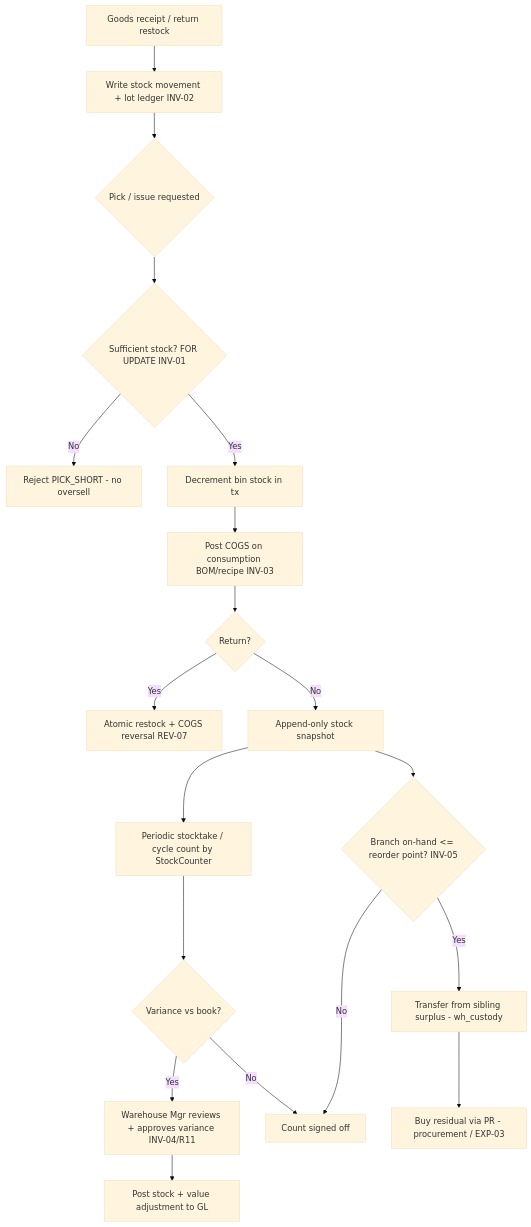
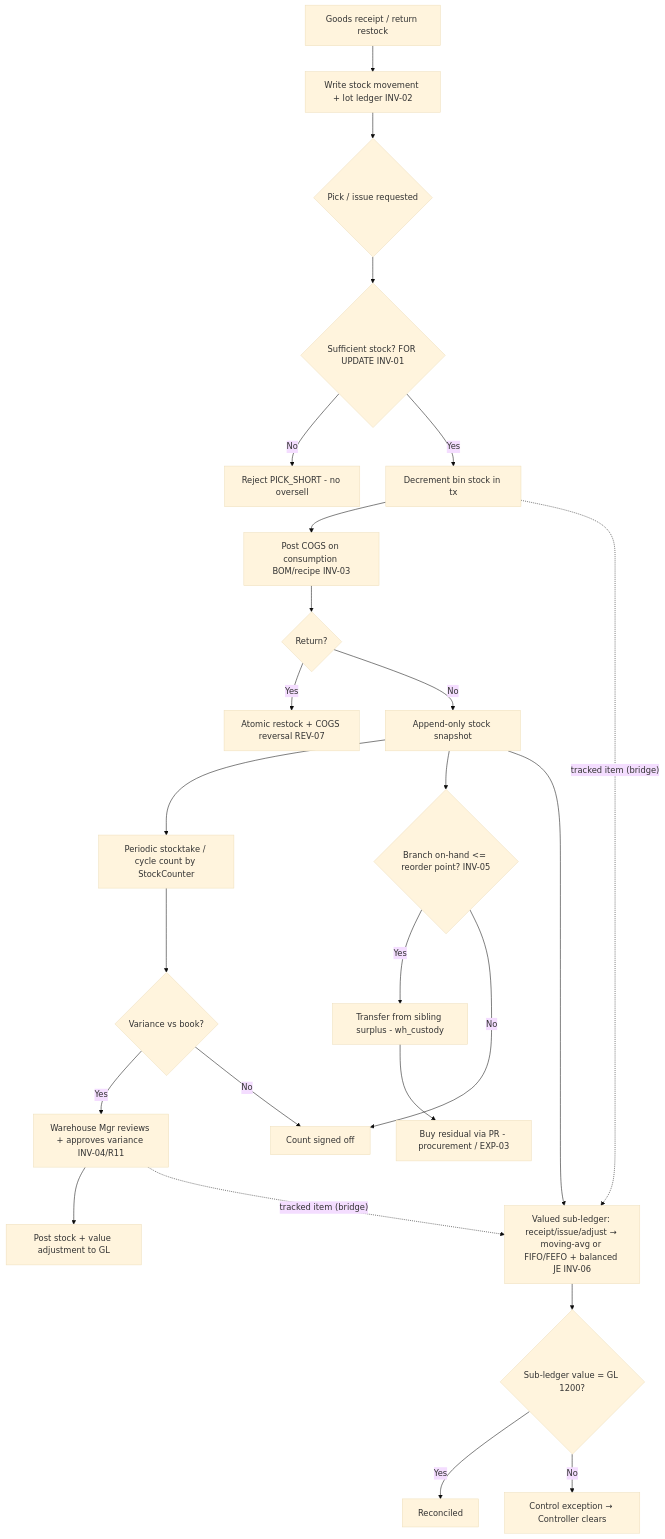
One commit to wayla69/invisibleERP changed the diagram in docs/process-narratives/03-inventory-cogs.md. Above: the diagram before and after it, drawn with Mermaid (base theme). The commit also changed other lines of this file and 16 other files, not shown here.

First line of the commit message:
feat(api): perpetual inventory valuation sub-ledger (INV-05) — stock-ops bridge + FIFO/FEFO costing (#108)

````diff
--- a/docs/process-narratives/03-inventory-cogs.md
+++ b/docs/process-narratives/03-inventory-cogs.md
@@ -70,21 +77,27 @@
 ```mermaid
 flowchart TD
     A[Goods receipt / return restock] --> B[Write stock movement + lot ledger INV-02]
     B --> C{Pick / issue requested}
     C --> D{Sufficient stock? FOR UPDATE INV-01}
     D -- "No" --> D1[Reject PICK_SHORT - no oversell]
     D -- "Yes" --> E[Decrement bin stock in tx]
     E --> F[Post COGS on consumption BOM/recipe INV-03]
     F --> G{Return?}
     G -- "Yes" --> G1[Atomic restock + COGS reversal REV-07]
     G -- "No" --> H[Append-only stock snapshot]
     H --> I[Periodic stocktake / cycle count by StockCounter]
     I --> J{Variance vs book?}
     J -- "Yes" --> K[Warehouse Mgr reviews + approves variance INV-04/R11]
     K --> L[Post stock + value adjustment to GL]
     J -- "No" --> M[Count signed off]
     H --> N{Branch on-hand <= reorder point? INV-05}
     N -- "Yes" --> O[Transfer from sibling surplus - wh_custody]
     O --> P[Buy residual via PR - procurement / EXP-03]
     N -- "No" --> M
+    H --> R[Valued sub-ledger: receipt/issue/adjust → moving-avg or FIFO/FEFO + balanced JE INV-06]
+    E -. "tracked item (bridge)" .-> R
+    K -. "tracked item (bridge)" .-> R
+    R --> S{Sub-ledger value = GL 1200?}
+    S -- "Yes" --> T[Reconciled]
+    S -- "No" --> U[Control exception → Controller clears]
 ```
````
